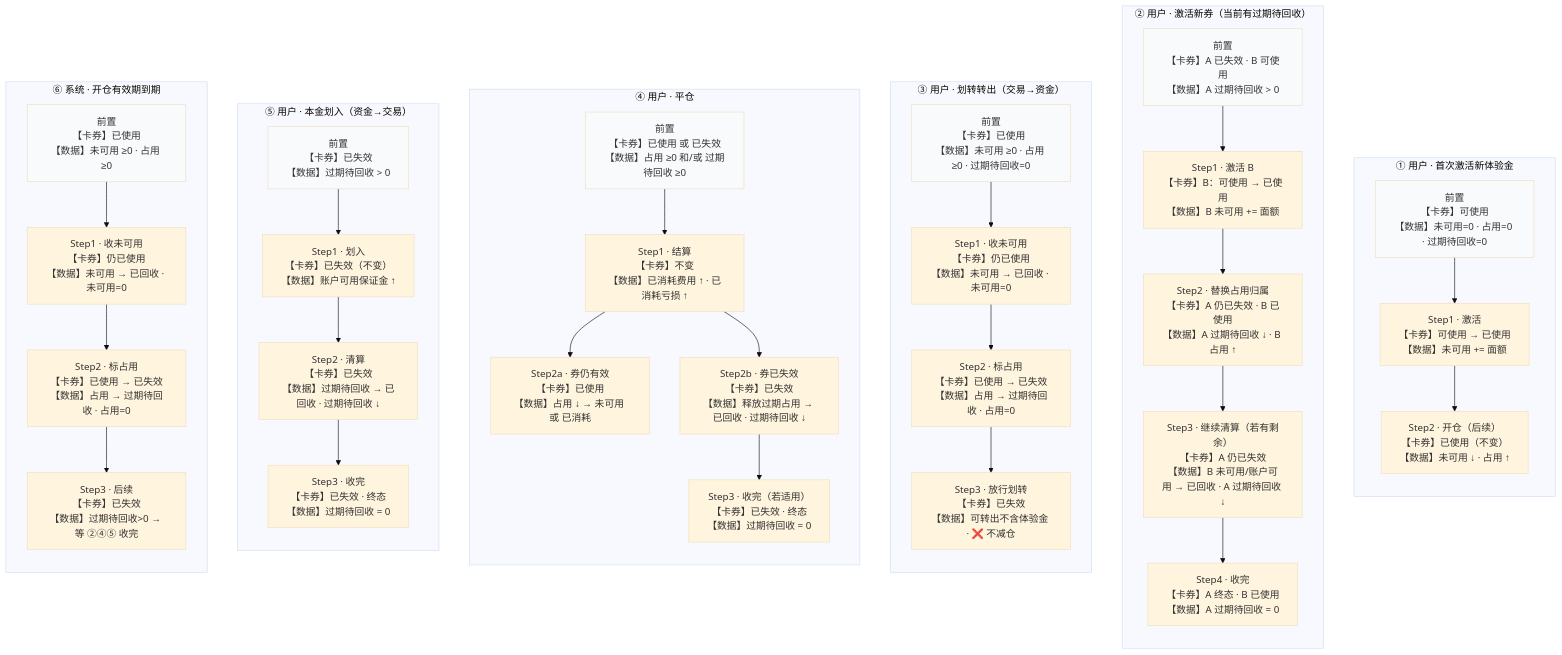
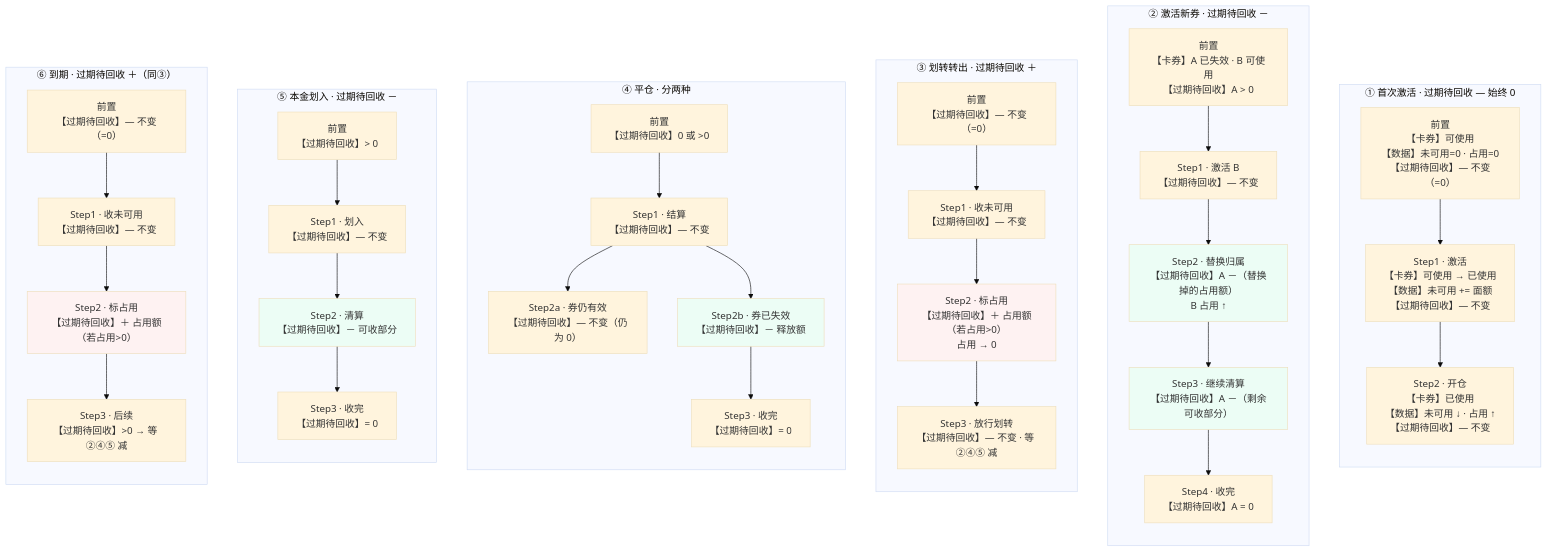
Before and after one commit to DashuaibiZZY/prototype: the diagram in perp_dex/流程图/体验金回收-行为分支.mmd, drawn with Mermaid (base theme). The commit also changed 2 other files, not shown here.

Commit message:
docs: add 过期待回收 +/- behavior mapping
Add §2.4 and 体验金回收-过期待回收关联.mmd showing which
behaviors create (+) vs reduce (-) pending reclaim. Tag each
behavior branch step with 【过期待回收】 and add §3.7 summary.

```diff
--- a/perp_dex/流程图/体验金回收-行为分支.mmd
+++ b/perp_dex/流程图/体验金回收-行为分支.mmd
@@ -1,65 +1,65 @@
 flowchart TB
-    subgraph G1["① 用户 · 首次激活新体验金"]
+    subgraph G1["① 首次激活 · 过期待回收 — 始终 0"]
         direction TB
-        G1P["前置<br/>【卡券】可使用<br/>【数据】未可用=0 · 占用=0 · 过期待回收=0"]
-        G1S1["Step1 · 激活<br/>【卡券】可使用 → 已使用<br/>【数据】未可用 += 面额"]
-        G1S2["Step2 · 开仓（后续）<br/>【卡券】已使用（不变）<br/>【数据】未可用 ↓ · 占用 ↑"]
+        G1P["前置<br/>【卡券】可使用<br/>【数据】未可用=0 · 占用=0<br/>【过期待回收】— 不变（=0）"]
+        G1S1["Step1 · 激活<br/>【卡券】可使用 → 已使用<br/>【数据】未可用 += 面额<br/>【过期待回收】— 不变"]
+        G1S2["Step2 · 开仓<br/>【卡券】已使用<br/>【数据】未可用 ↓ · 占用 ↑<br/>【过期待回收】— 不变"]
         G1P --> G1S1 --> G1S2
     end
 
-    subgraph G2["② 用户 · 激活新券（当前有过期待回收）"]
+    subgraph G2["② 激活新券 · 过期待回收 －"]
         direction TB
-        G2P["前置<br/>【卡券】A 已失效 · B 可使用<br/>【数据】A 过期待回收 > 0"]
-        G2S1["Step1 · 激活 B<br/>【卡券】B：可使用 → 已使用<br/>【数据】B 未可用 += 面额"]
-        G2S2["Step2 · 替换占用归属<br/>【卡券】A 仍已失效 · B 已使用<br/>【数据】A 过期待回收 ↓ · B 占用 ↑"]
-        G2S3["Step3 · 继续清算（若有剩余）<br/>【卡券】A 仍已失效<br/>【数据】B 未可用/账户可用 → 已回收 · A 过期待回收 ↓"]
-        G2S4["Step4 · 收完<br/>【卡券】A 终态 · B 已使用<br/>【数据】A 过期待回收 = 0"]
+        G2P["前置<br/>【卡券】A 已失效 · B 可使用<br/>【过期待回收】A > 0"]
+        G2S1["Step1 · 激活 B<br/>【过期待回收】— 不变"]
+        G2S2["Step2 · 替换归属<br/>【过期待回收】A －（替换掉的占用额）<br/>B 占用 ↑"]
+        G2S3["Step3 · 继续清算<br/>【过期待回收】A －（剩余可收部分）"]
+        G2S4["Step4 · 收完<br/>【过期待回收】A = 0"]
         G2P --> G2S1 --> G2S2 --> G2S3 --> G2S4
     end
 
-    subgraph G3["③ 用户 · 划转转出（交易→资金）"]
+    subgraph G3["③ 划转转出 · 过期待回收 ＋"]
         direction TB
-        G3P["前置<br/>【卡券】已使用<br/>【数据】未可用 ≥0 · 占用 ≥0 · 过期待回收=0"]
-        G3S1["Step1 · 收未可用<br/>【卡券】仍已使用<br/>【数据】未可用 → 已回收 · 未可用=0"]
-        G3S2["Step2 · 标占用<br/>【卡券】已使用 → 已失效<br/>【数据】占用 → 过期待回收 · 占用=0"]
-        G3S3["Step3 · 放行划转<br/>【卡券】已失效<br/>【数据】可转出不含体验金 · ❌ 不减仓"]
+        G3P["前置<br/>【过期待回收】— 不变（=0）"]
+        G3S1["Step1 · 收未可用<br/>【过期待回收】— 不变"]
+        G3S2["Step2 · 标占用<br/>【过期待回收】＋ 占用额（若占用>0）<br/>占用 → 0"]
+        G3S3["Step3 · 放行划转<br/>【过期待回收】— 不变 · 等 ②④⑤ 减"]
         G3P --> G3S1 --> G3S2 --> G3S3
     end
 
-    subgraph G4["④ 用户 · 平仓"]
+    subgraph G4["④ 平仓 · 分两种"]
         direction TB
-        G4P["前置<br/>【卡券】已使用 或 已失效<br/>【数据】占用 ≥0 和/或 过期待回收 ≥0"]
-        G4S1["Step1 · 结算<br/>【卡券】不变<br/>【数据】已消耗费用 ↑ · 已消耗亏损 ↑"]
-        G4S2["Step2a · 券仍有效<br/>【卡券】已使用<br/>【数据】占用 ↓ → 未可用 或 已消耗"]
-        G4S3["Step2b · 券已失效<br/>【卡券】已失效<br/>【数据】释放过期占用 → 已回收 · 过期待回收 ↓"]
-        G4S4["Step3 · 收完（若适用）<br/>【卡券】已失效 · 终态<br/>【数据】过期待回收 = 0"]
+        G4P["前置<br/>【过期待回收】0 或 >0"]
+        G4S1["Step1 · 结算<br/>【过期待回收】— 不变"]
+        G4S2["Step2a · 券仍有效<br/>【过期待回收】— 不变（仍为 0）"]
+        G4S3["Step2b · 券已失效<br/>【过期待回收】－ 释放额"]
+        G4S4["Step3 · 收完<br/>【过期待回收】= 0"]
         G4P --> G4S1
         G4S1 --> G4S2
         G4S1 --> G4S3
         G4S3 --> G4S4
     end
 
-    subgraph G5["⑤ 用户 · 本金划入（资金→交易）"]
+    subgraph G5["⑤ 本金划入 · 过期待回收 －"]
         direction TB
-        G5P["前置<br/>【卡券】已失效<br/>【数据】过期待回收 > 0"]
-        G5S1["Step1 · 划入<br/>【卡券】已失效（不变）<br/>【数据】账户可用保证金 ↑"]
-        G5S2["Step2 · 清算<br/>【卡券】已失效<br/>【数据】过期待回收 → 已回收 · 过期待回收 ↓"]
-        G5S3["Step3 · 收完<br/>【卡券】已失效 · 终态<br/>【数据】过期待回收 = 0"]
+        G5P["前置<br/>【过期待回收】> 0"]
+        G5S1["Step1 · 划入<br/>【过期待回收】— 不变"]
+        G5S2["Step2 · 清算<br/>【过期待回收】－ 可收部分"]
+        G5S3["Step3 · 收完<br/>【过期待回收】= 0"]
         G5P --> G5S1 --> G5S2 --> G5S3
     end
 
-    subgraph G6["⑥ 系统 · 开仓有效期到期"]
+    subgraph G6["⑥ 到期 · 过期待回收 ＋（同③）"]
         direction TB
-        G6P["前置<br/>【卡券】已使用<br/>【数据】未可用 ≥0 · 占用 ≥0"]
-        G6S1["Step1 · 收未可用<br/>【卡券】仍已使用<br/>【数据】未可用 → 已回收 · 未可用=0"]
-        G6S2["Step2 · 标占用<br/>【卡券】已使用 → 已失效<br/>【数据】占用 → 过期待回收 · 占用=0"]
-        G6S3["Step3 · 后续<br/>【卡券】已失效<br/>【数据】过期待回收>0 → 等 ②④⑤ 收完"]
+        G6P["前置<br/>【过期待回收】— 不变（=0）"]
+        G6S1["Step1 · 收未可用<br/>【过期待回收】— 不变"]
+        G6S2["Step2 · 标占用<br/>【过期待回收】＋ 占用额（若占用>0）"]
+        G6S3["Step3 · 后续<br/>【过期待回收】>0 → 等 ②④⑤ 减"]
         G6P --> G6S1 --> G6S2 --> G6S3
     end
 
-    style G1P fill:#f8fafc
-    style G2P fill:#f8fafc
-    style G3P fill:#f8fafc
-    style G4P fill:#f8fafc
-    style G5P fill:#f8fafc
-    style G6P fill:#f8fafc
+    style G2S2 fill:#ecfdf5
+    style G2S3 fill:#ecfdf5
+    style G3S2 fill:#fef2f2
+    style G4S3 fill:#ecfdf5
+    style G5S2 fill:#ecfdf5
+    style G6S2 fill:#fef2f2
```
